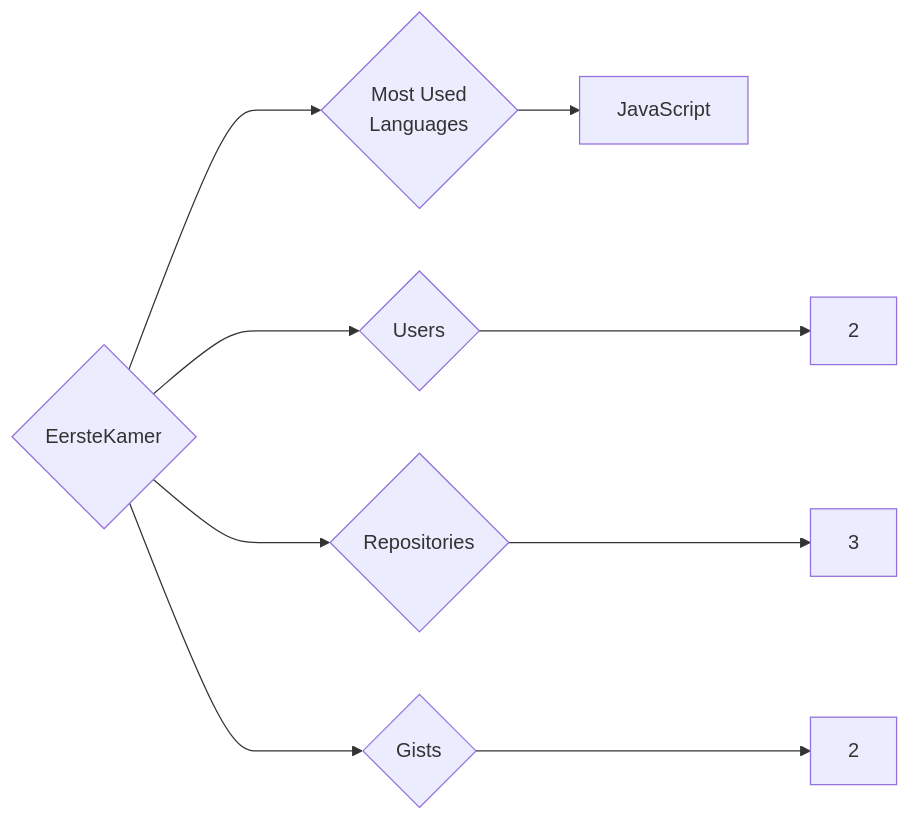
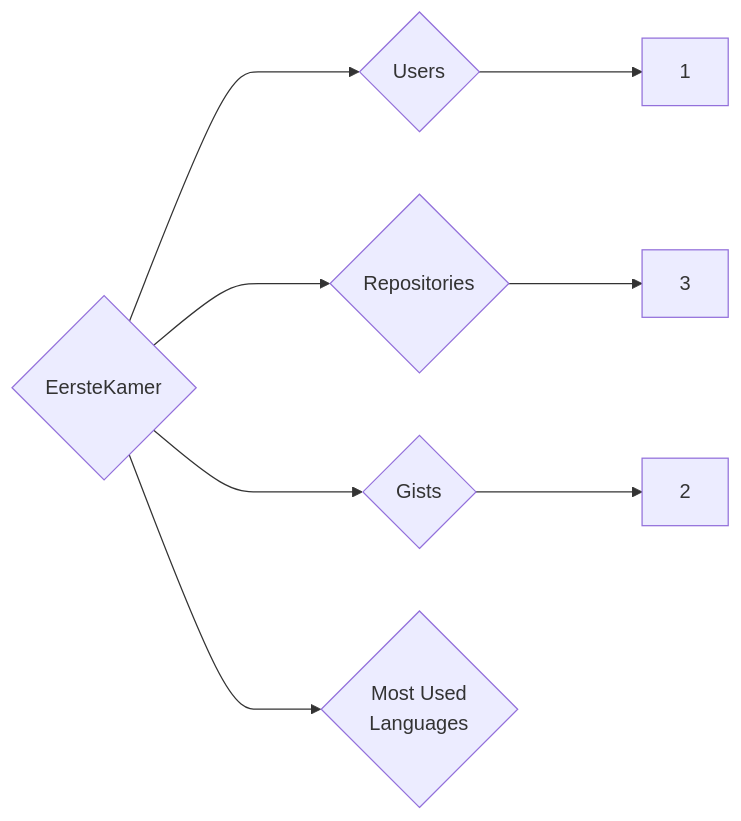
Before and after one commit to trickest/insiders: the diagram in targets/EersteKamer/README.md, drawn with Mermaid. The commit also changed 1123 other files, not shown here.

````diff
--- a/targets/EersteKamer/README.md
+++ b/targets/EersteKamer/README.md
@@ -3,9 +3,8 @@
 ```mermaid
 graph LR
 COMPANY_NAME{EersteKamer}
-COMPANY_NAME ---> U{Users} ---> UN[2]
+COMPANY_NAME ---> U{Users} ---> UN[1]
 COMPANY_NAME ---> R{Repositories} ---> RN[3]
 COMPANY_NAME ---> G{Gists} ---> GN[2]
 COMPANY_NAME ---> ML{Most Used<br>Languages}
-ML --> JavaScript[JavaScript]
 ```
````
